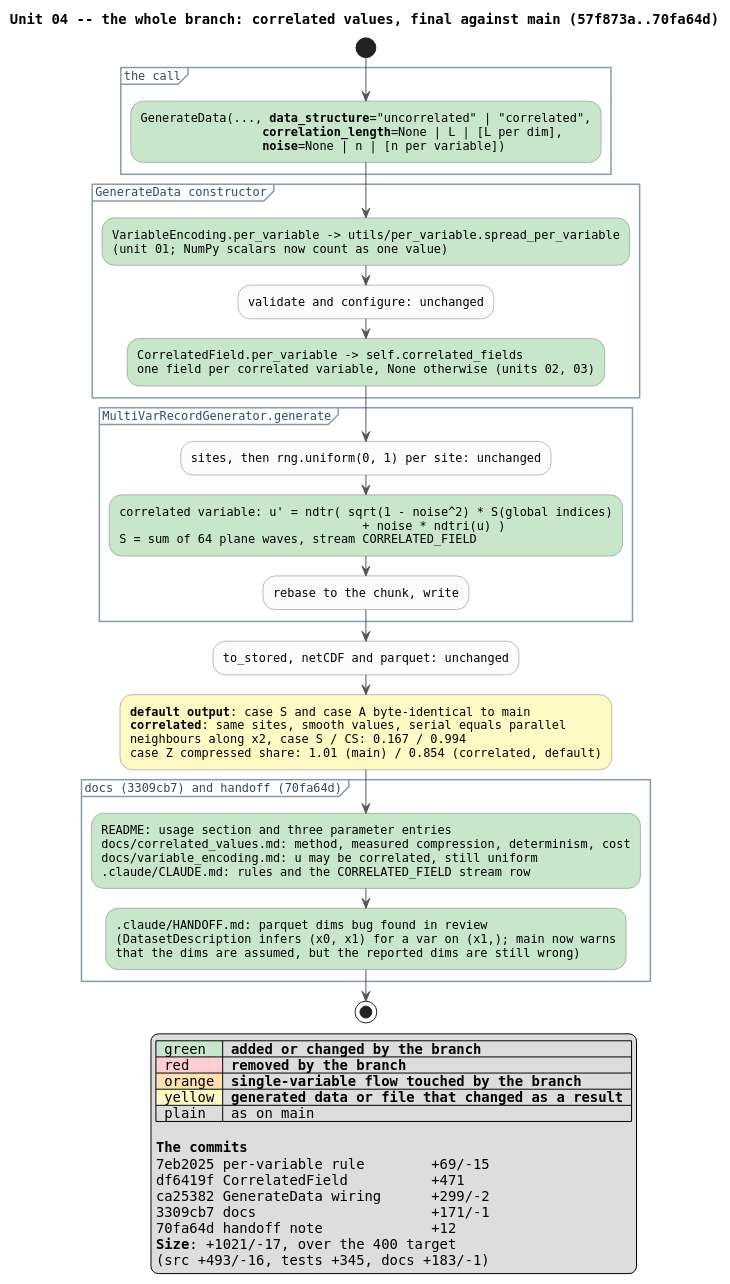
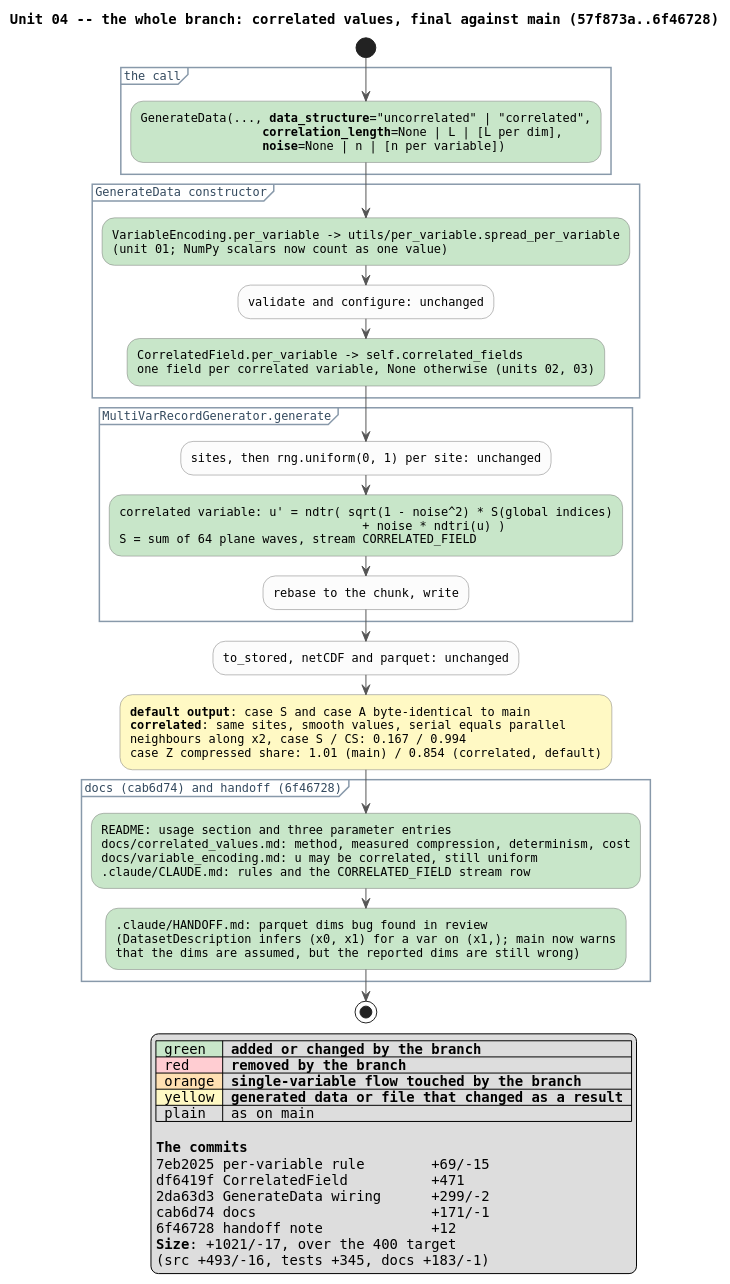
One commit to boom-lab/tabray changed the diagram in docs/review_correlated_04_overall.puml. Above: the diagram before and after it, drawn with PlantUML. The commit also changed 11 other files, not shown here.

```diff
--- a/docs/review_correlated_04_overall.puml
+++ b/docs/review_correlated_04_overall.puml
@@ -1,89 +1,89 @@
 @startuml review_correlated_04_overall
 ' Review unit 04 of 04 -- see docs/review_correlated.md for the series.
-' The whole branch, final (70fa64d) against main (57f873a): +1021/-17.
-' Every number below is from runs of the cases at 57f873a and ca25382
-' (the code at 70fa64d; the last two commits change docs only).
+' The whole branch, final (6f46728) against main (57f873a): +1021/-17.
+' Every number below is from runs of the cases at 57f873a and 2da63d3
+' (the code at 6f46728; the last two commits change docs only).
 ' Render: plantuml -tsvg docs/review_correlated_04_overall.puml
 
-title Unit 04 -- the whole branch: correlated values, final against main (57f873a..70fa64d)
+title Unit 04 -- the whole branch: correlated values, final against main (57f873a..6f46728)
 
 skinparam shadowing false
 skinparam defaultFontName Monospaced
 skinparam defaultFontSize 12
 skinparam ArrowColor #555555
 skinparam activity {
   BackgroundColor #FCFCFC
   BorderColor #777777
   DiamondBackgroundColor #F2F2F2
   DiamondBorderColor #777777
 }
 skinparam partition {
   BorderColor #8899AA
   FontColor #33495E
 }
 skinparam note {
   BackgroundColor #FFFDF0
   BorderColor #C8C08A
 }
 
 start
 
 partition "the call" {
   #C8E6C9:GenerateData(..., <b>data_structure</b>="uncorrelated" | "correlated",
                    <b>correlation_length</b>=None | L | [L per dim],
                    <b>noise</b>=None | n | [n per variable]);
 }
 
 partition "GenerateData constructor" {
   #C8E6C9:VariableEncoding.per_variable -> utils/per_variable.spread_per_variable
   (unit 01; NumPy scalars now count as one value);
   :validate and configure: unchanged;
   #C8E6C9:CorrelatedField.per_variable -> self.correlated_fields
   one field per correlated variable, None otherwise (units 02, 03);
 }
 
 partition "MultiVarRecordGenerator.generate" {
   :sites, then rng.uniform(0, 1) per site: unchanged;
   #C8E6C9:correlated variable: u' = ndtr( sqrt(1 - noise^2) * S(global indices)
                                     + noise * ndtri(u) )
   S = sum of 64 plane waves, stream CORRELATED_FIELD;
   :rebase to the chunk, write;
 }
 
 :to_stored, netCDF and parquet: unchanged;
 
 #FFF9C4:<b>default output</b>: case S and case A byte-identical to main
 <b>correlated</b>: same sites, smooth values, serial equals parallel
 neighbours along x2, case S / CS: 0.167 / 0.994
 case Z compressed share: 1.01 (main) / 0.854 (correlated, default);
 
-partition "docs (3309cb7) and handoff (70fa64d)" {
+partition "docs (cab6d74) and handoff (6f46728)" {
   #C8E6C9:README: usage section and three parameter entries
   docs/correlated_values.md: method, measured compression, determinism, cost
   docs/variable_encoding.md: u may be correlated, still uniform
   .claude/CLAUDE.md: rules and the CORRELATED_FIELD stream row;
   #C8E6C9:.claude/HANDOFF.md: parquet dims bug found in review
   (DatasetDescription infers (x0, x1) for a var on (x1,); main now warns
   that the dims are assumed, but the reported dims are still wrong);
 }
 
 stop
 
 legend right
   |<#C8E6C9> green |= added or changed by the branch |
   |<#FFCDD2> red |= removed by the branch |
   |<#FFE0B2> orange |= single-variable flow touched by the branch |
   |<#FFF9C4> yellow |= generated data or file that changed as a result |
   | plain | as on main |
 
   <b>The commits</b>
   7eb2025 per-variable rule        +69/-15
   df6419f CorrelatedField          +471
-  ca25382 GenerateData wiring      +299/-2
-  3309cb7 docs                     +171/-1
-  70fa64d handoff note             +12
+  2da63d3 GenerateData wiring      +299/-2
+  cab6d74 docs                     +171/-1
+  6f46728 handoff note             +12
   <b>Size</b>: +1021/-17, over the 400 target
   (src +493/-16, tests +345, docs +183/-1)
 end legend
 
 @enduml
```
